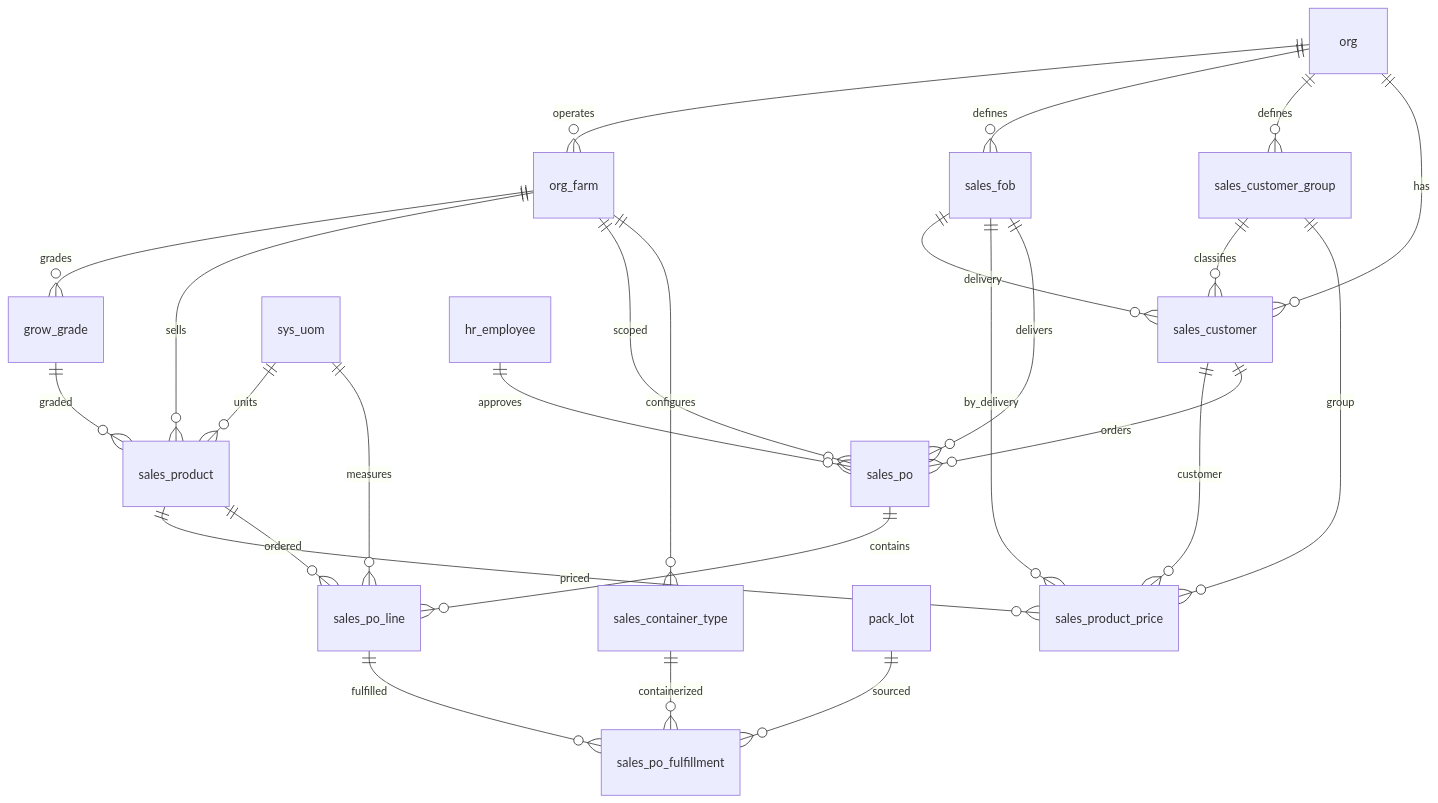
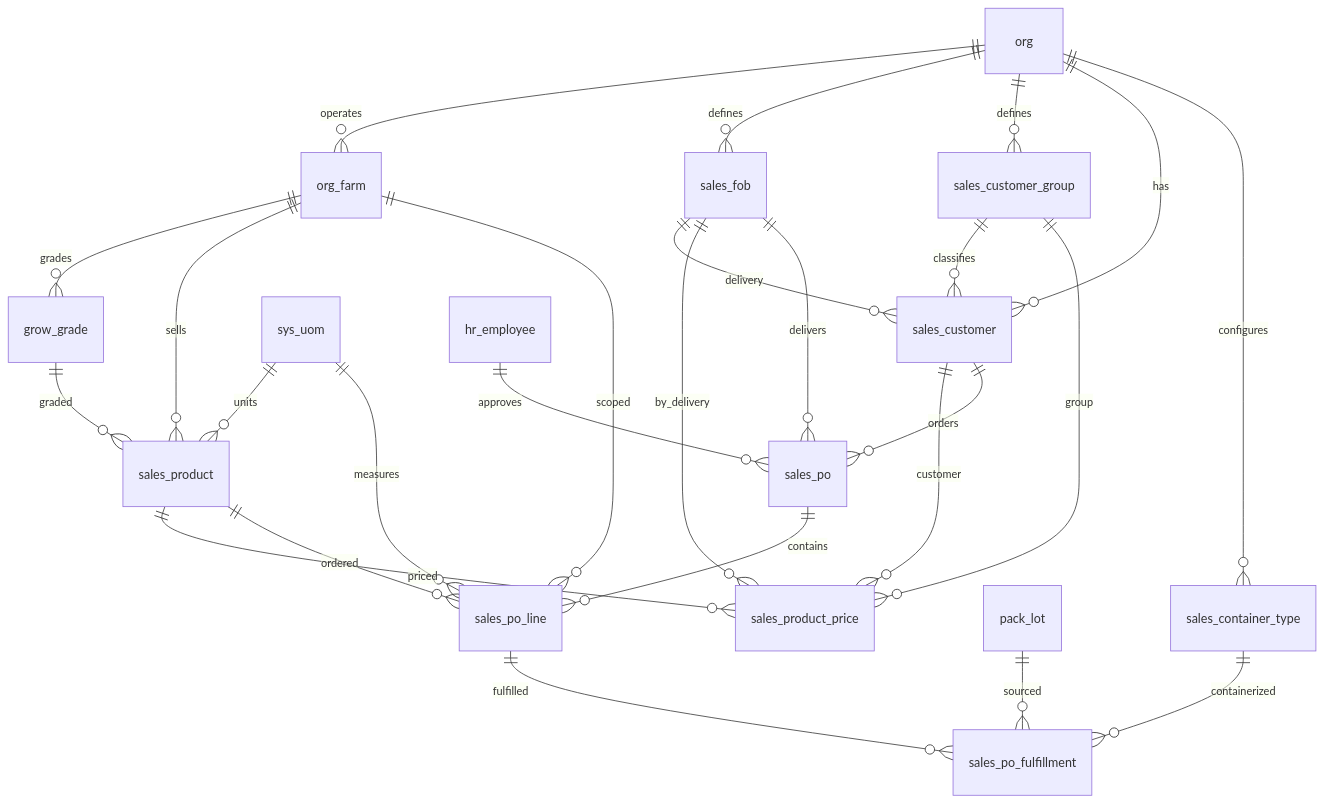
The diagram in docs/schemas/20260401000008_sales.md (Hawaii-Farming/aloha-app), drawn with Mermaid before and after one commit. The commit also changed other lines of this file and 10 other files, not shown here.

First line of the commit message:
Add sales migration: FOB, customers, prices, container types, POs

````diff
--- a/docs/schemas/20260401000008_sales.md
+++ b/docs/schemas/20260401000008_sales.md
@@ -9,28 +9,28 @@
 ```mermaid
 erDiagram
     org ||--o{ org_farm : operates
     org ||--o{ sales_fob : defines
     org ||--o{ sales_customer_group : defines
     org ||--o{ sales_customer : has
     sales_customer_group ||--o{ sales_customer : classifies
     sales_fob ||--o{ sales_customer : delivery
     org_farm ||--o{ grow_grade : grades
     org_farm ||--o{ sales_product : sells
     grow_grade ||--o{ sales_product : graded
     sys_uom ||--o{ sales_product : units
     sales_product ||--o{ sales_product_price : priced
     sales_fob ||--o{ sales_product_price : by_delivery
     sales_customer ||--o{ sales_product_price : customer
     sales_customer_group ||--o{ sales_product_price : group
     sales_customer ||--o{ sales_po : orders
     sales_fob ||--o{ sales_po : delivers
-    org_farm ||--o{ sales_po : scoped
+    org_farm ||--o{ sales_po_line : scoped
     sales_po ||--o{ sales_po_line : contains
     sales_product ||--o{ sales_po_line : ordered
     sys_uom ||--o{ sales_po_line : measures
     sales_po_line ||--o{ sales_po_fulfillment : fulfilled
     pack_lot ||--o{ sales_po_fulfillment : sourced
     sales_container_type ||--o{ sales_po_fulfillment : containerized
-    org_farm ||--o{ sales_container_type : configures
+    org ||--o{ sales_container_type : configures
     hr_employee ||--o{ sales_po : approves
 ```
````
